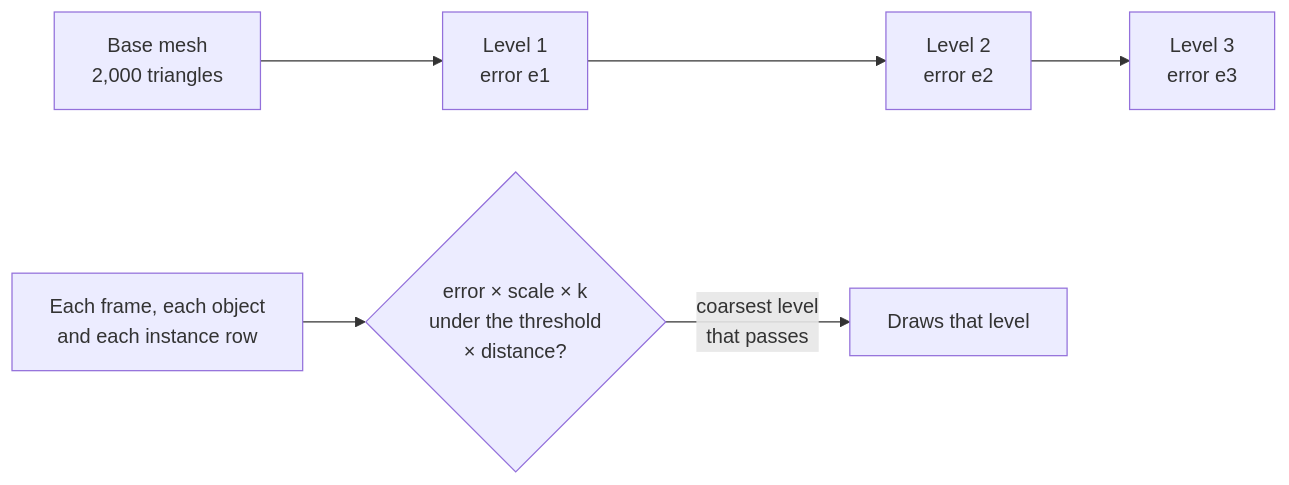
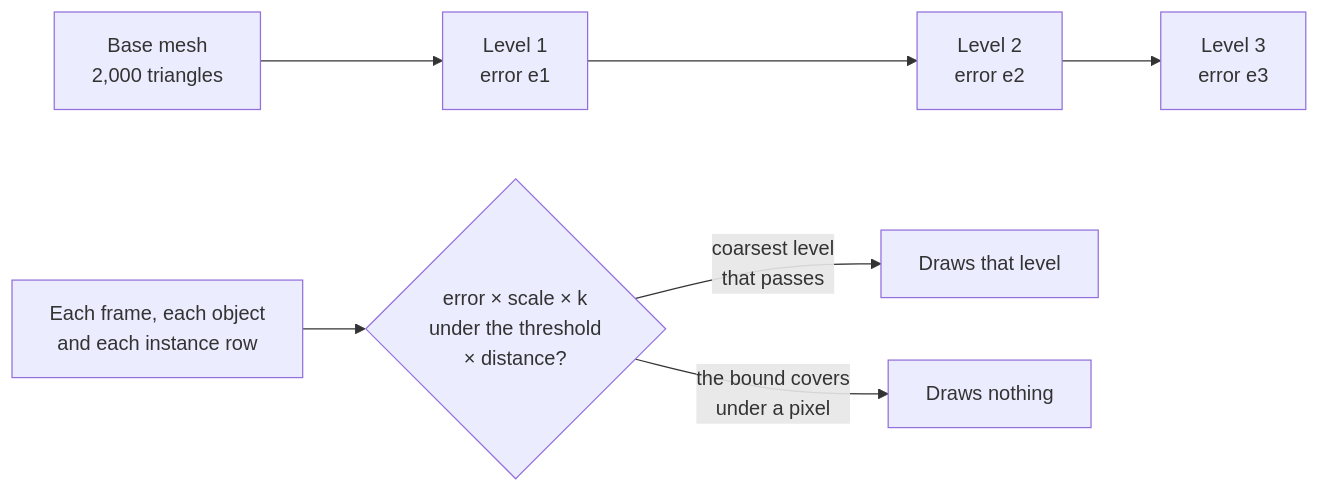
The diagram in docs/concepts/lod.md (null3d-engine/null3d), drawn with Mermaid before and after one commit. The commit also changed other lines of this file and 16 other files, not shown here.

````diff
--- a/docs/concepts/lod.md
+++ b/docs/concepts/lod.md
@@ -13,8 +13,9 @@
 ```mermaid
 flowchart LR
     base["Base mesh<br/>2,000 triangles"] --> l1["Level 1<br/>error e1"]
     l1 --> l2["Level 2<br/>error e2"]
     l2 --> l3["Level 3<br/>error e3"]
     pick["Each frame, each object<br/>and each instance row"] --> rule{"error × scale × k<br/>under the threshold<br/>× distance?"}
     rule -->|"coarsest level<br/>that passes"| draw["Draws that level"]
+    rule -->|"the bound covers<br/>under a pixel"| hide["Draws nothing"]
 ```
````
